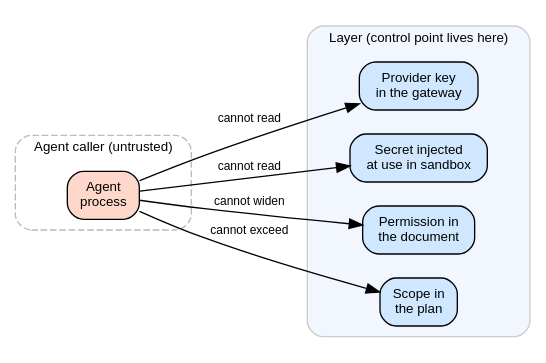
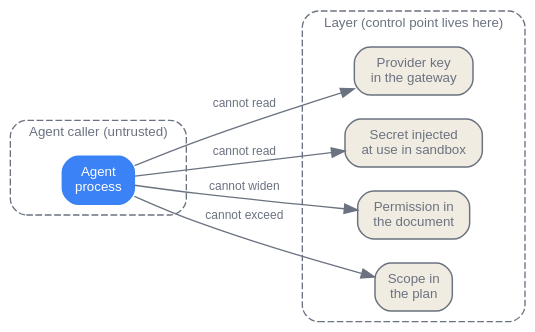
One commit to latere-ai/ai-as-an-infrastructure changed the first of 3 diagrams in en/p9-ecosystem/36-tooling-ecosystem.qmd. Above: the diagram before and after it, drawn with Graphviz. The commit also changed 186 other files, not shown here.

First line of the commit message:
book: visual audit pass on all diagrams and figures

````diff
--- a/en/p9-ecosystem/36-tooling-ecosystem.qmd
+++ b/en/p9-ecosystem/36-tooling-ecosystem.qmd
@@ -46,31 +46,32 @@
 ```{dot}
 //| label: fig-tooling-control-shift
 //| fig-cap: "The one move, made four times. Each primitive lifts a control point out of the agent caller, where the model could read or bypass it, and into a layer the caller must pass through."
 digraph control_shift {
   rankdir=LR;
-  node [shape=box, style="rounded,filled", fontname="Helvetica", fontsize=10, fillcolor="#eeeeee"];
-  edge [fontname="Helvetica", fontsize=9];
+  bgcolor="transparent";
+  node [shape=box, style="rounded,filled", fontname="Helvetica", fontsize=10, fillcolor="#f1ece1", color="#6b7280", fontcolor="#6b7280", penwidth=1.1];
+  edge [fontname="Helvetica", fontsize=9, color="#6b7280", fontcolor="#6b7280"];
 
   subgraph cluster_caller {
     label="Agent caller (untrusted)";
     style="rounded,dashed";
-    fontname="Helvetica"; fontsize=10; color="#bbbbbb";
-    agent [label="Agent\nprocess", fillcolor="#ffd8cc"];
+    fontname="Helvetica"; fontsize=10; fontcolor="#6b7280"; color="#6b7280";
+    agent [label="Agent\nprocess", fillcolor="#3b82f6", fontcolor="white", color="#3b82f6"];
   }
 
   subgraph cluster_layer {
     label="Layer (control point lives here)";
-    style="rounded,filled"; fillcolor="#f2f7ff";
-    fontname="Helvetica"; fontsize=10; color="#cccccc";
-    key [label="Provider key\nin the gateway", fillcolor="#cfe8ff"];
-    runtime [label="Secret injected\nat use in sandbox", fillcolor="#cfe8ff"];
-    perm [label="Permission in\nthe document", fillcolor="#cfe8ff"];
-    plan [label="Scope in\nthe plan", fillcolor="#cfe8ff"];
+    style="rounded,dashed";
+    fontname="Helvetica"; fontsize=10; fontcolor="#6b7280"; color="#6b7280";
+    key [label="Provider key\nin the gateway"];
+    runtime [label="Secret injected\nat use in sandbox"];
+    perm [label="Permission in\nthe document"];
+    plan [label="Scope in\nthe plan"];
   }
 
   agent -> key [label="cannot read"];
   agent -> runtime [label="cannot read"];
   agent -> perm [label="cannot widen"];
   agent -> plan [label="cannot exceed"];
 }
 ```
````
